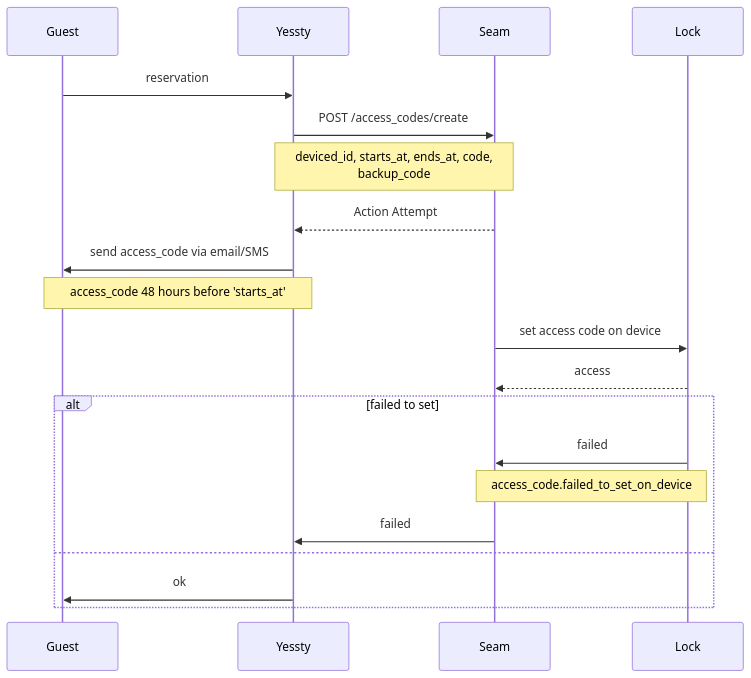
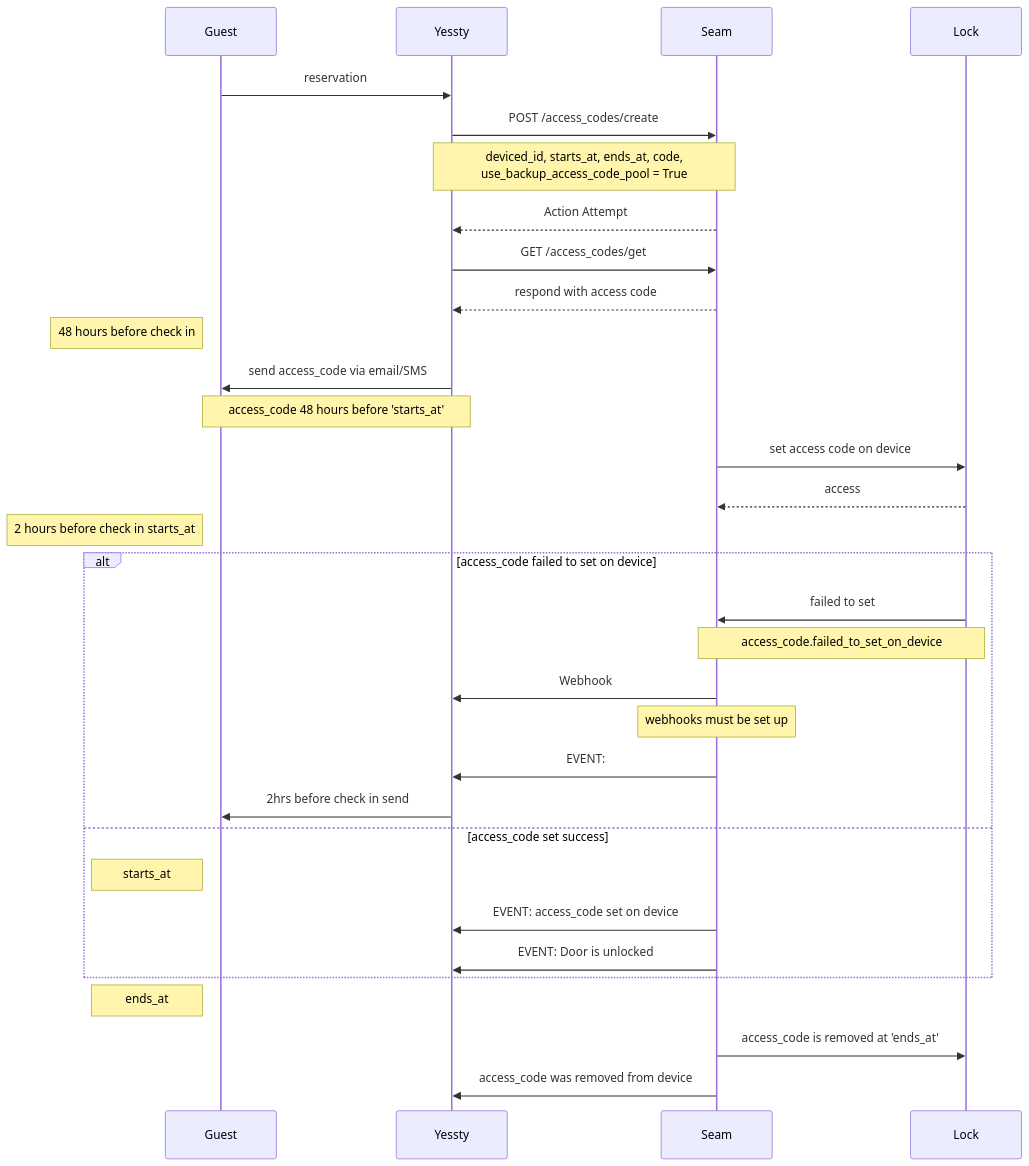
Before and after one commit to alexrigler/seam-demo: the diagram in mermaid.md, drawn with Mermaid.

Commit message:
update diagram wip

````diff
--- a/mermaid.md
+++ b/mermaid.md
@@ -1,22 +1,36 @@
 ```mermaid
 sequenceDiagram
     participant Guest
     participant Yessty
     participant Seam 
     participant Lock
     Guest->>Yessty: reservation
     Yessty->>Seam: POST /access_codes/create
-    Note over Yessty,Seam: deviced_id, starts_at, ends_at, code, <br/> backup_code
+    Note over Yessty,Seam: deviced_id, starts_at, ends_at, code, <br/> use_backup_access_code_pool = True
     Seam-->>Yessty: Action Attempt
+    Yessty->>Seam: GET /access_codes/get
+    Seam-->>Yessty: respond with access code
+    Note left of Guest: 48 hours before check in
     Yessty->>Guest: send access_code via email/SMS
     Note over Guest,Yessty: access_code 48 hours before 'starts_at'
     Seam->>Lock: set access code on device
     Lock-->>Seam: access
-    alt failed to set
-        Lock->>Seam: failed
+    Note left of Guest: 2 hours before check in starts_at
+    alt access_code failed to set on device
+        Lock->>Seam: failed to set
         Note over Seam,Lock: access_code.failed_to_set_on_device
-        Seam->>Yessty: failed
-    else
-        Yessty->>Guest: ok
+        Seam->>Yessty: Webhook 
+        Note over Seam: webhooks must be set up
+        Seam->>Yessty: EVENT: 
+        Yessty->>Guest: 2hrs before check in send 
+
+    else access_code set success
+        Note left of Guest: starts_at
+        Seam->>Yessty: EVENT: access_code set on device
+        Seam->>Yessty: EVENT: Door is unlocked
+
     end
+    Note left of Guest: ends_at
+    Seam->>Lock: access_code is removed at 'ends_at'
+    Seam->>Yessty: access_code was removed from device
 ```
````
